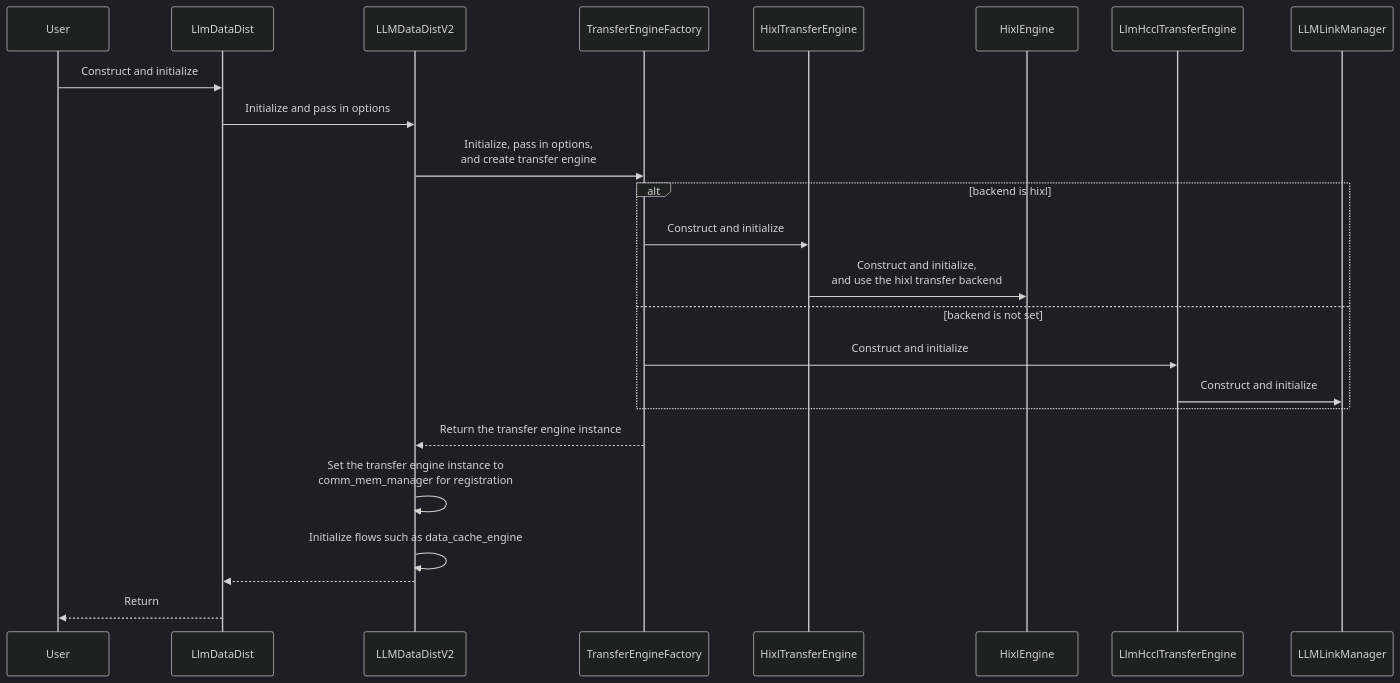
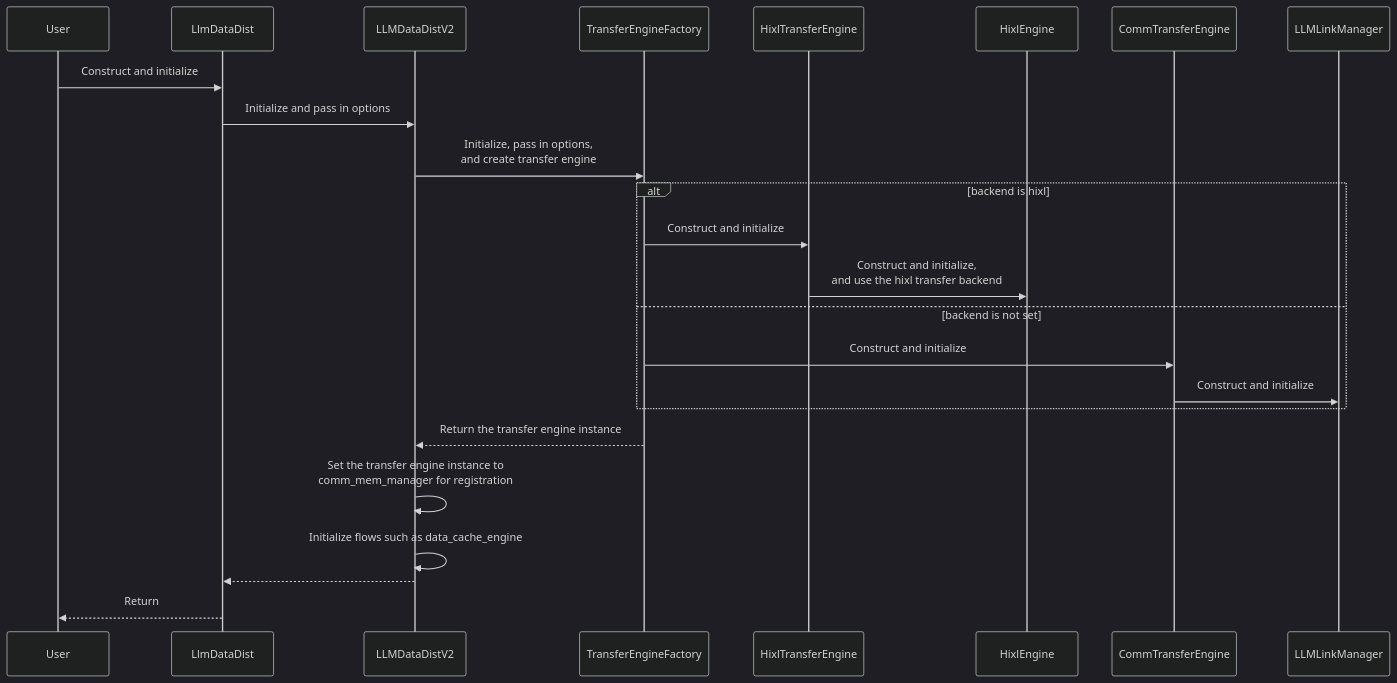
One commit to hicann/hixl changed the third of 6 diagrams in docs/en/design/llm-datadist_supporting_the_hixl_transfer_backend.md. Above: the diagram before and after it, drawn with Mermaid (dark theme). The commit also changed other lines of this file and 51 other files, not shown here.

First paragraph of the commit message:
[refactor]: rename llm_datadist LlmHccl/adapter_hccl to Comm/comm_adapter

````diff
--- a/docs/en/design/llm-datadist_supporting_the_hixl_transfer_backend.md
+++ b/docs/en/design/llm-datadist_supporting_the_hixl_transfer_backend.md
@@ -220,18 +220,18 @@
 ```mermaid
 sequenceDiagram
   User ->> LlmDataDist: Construct and initialize
   LlmDataDist ->> LLMDataDistV2: Initialize and pass in options
   LLMDataDistV2 ->> TransferEngineFactory: Initialize, pass in options,<br>and create transfer engine
   alt backend is hixl
     TransferEngineFactory ->> HixlTransferEngine: Construct and initialize
     HixlTransferEngine ->> HixlEngine: Construct and initialize,<br>and use the hixl transfer backend
   else backend is not set
-    TransferEngineFactory ->> LlmHcclTransferEngine: Construct and initialize
-    LlmHcclTransferEngine ->> LLMLinkManager: Construct and initialize
+    TransferEngineFactory ->> CommTransferEngine: Construct and initialize
+    CommTransferEngine ->> LLMLinkManager: Construct and initialize
   end
   TransferEngineFactory -->> LLMDataDistV2: Return the transfer engine instance
   LLMDataDistV2 ->> LLMDataDistV2: Set the transfer engine instance to<br>comm_mem_manager for registration
   LLMDataDistV2 ->> LLMDataDistV2: Initialize flows such as data_cache_engine
   LLMDataDistV2 -->> LlmDataDist:
   LlmDataDist -->> User: Return
 ```
````
